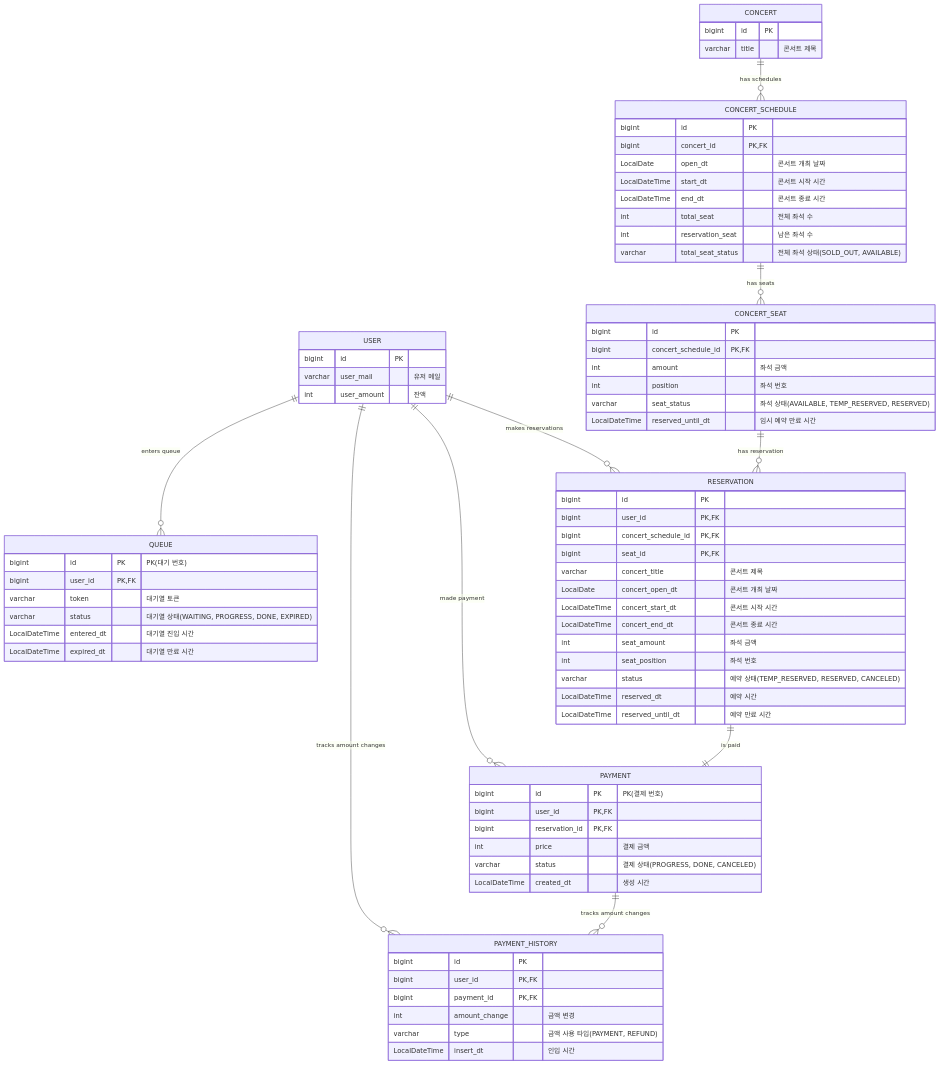
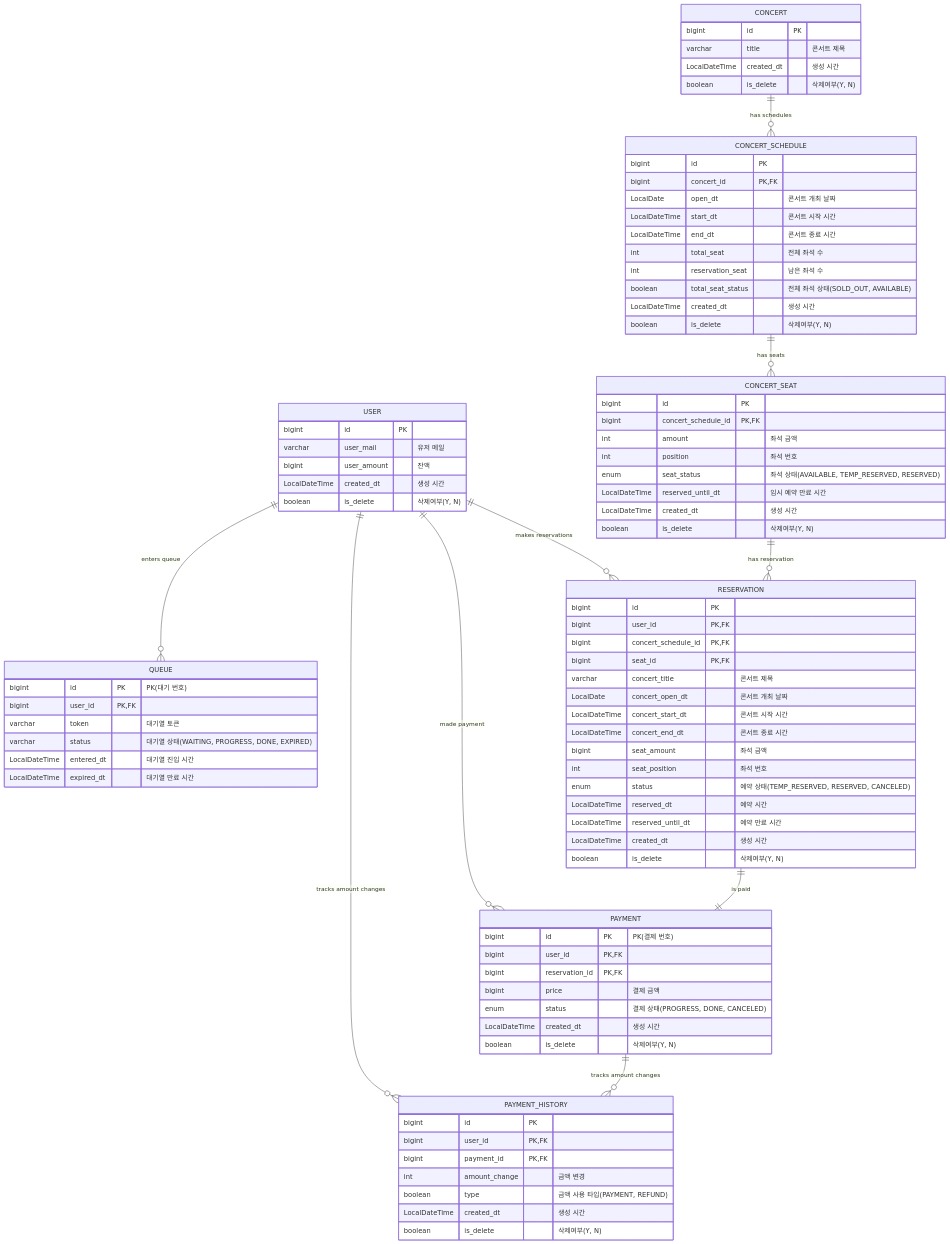
Before and after one commit to Cheondongmin/concert-java: the diagram in docs/erd.md, drawn with Mermaid. The commit also changed 2 other files, not shown here.

Commit message:
fix: docs 수정

```diff
--- a/docs/erd.md
+++ b/docs/erd.md
@@ -6,7 +6,9 @@
     USER {
         bigint id PK
         varchar user_mail "유저 메일"
-        int user_amount "잔액"
+        bigint user_amount "잔액"
+        LocalDateTime created_dt "생성 시간"
+        boolean is_delete "삭제여부(Y, N)"
     }
 
     QUEUE {
@@ -22,14 +24,17 @@
         bigint id PK "PK(결제 번호)"
         bigint user_id PK, FK
         bigint reservation_id PK, FK
-        int price "결제 금액"
-        varchar status "결제 상태(PROGRESS, DONE, CANCELED)"
+        bigint price "결제 금액"
+        enum status "결제 상태(PROGRESS, DONE, CANCELED)"
         LocalDateTime created_dt "생성 시간"
+        boolean is_delete "삭제여부(Y, N)"
     }
 
     CONCERT {
         bigint id PK
         varchar title "콘서트 제목"
+        LocalDateTime created_dt "생성 시간"
+        boolean is_delete "삭제여부(Y, N)"
     }
 
     CONCERT_SCHEDULE {
@@ -40,7 +45,9 @@
         LocalDateTime end_dt "콘서트 종료 시간"
         int total_seat "전체 좌석 수"
         int reservation_seat "남은 좌석 수"
-        varchar total_seat_status "전체 좌석 상태(SOLD_OUT, AVAILABLE)"
+        boolean total_seat_status "전체 좌석 상태(SOLD_OUT, AVAILABLE)"
+        LocalDateTime created_dt "생성 시간"
+        boolean is_delete "삭제여부(Y, N)"
     }
 
     CONCERT_SEAT {
@@ -48,8 +55,10 @@
         bigint concert_schedule_id PK, FK
         int amount "좌석 금액"
         int position "좌석 번호"
-        varchar seat_status "좌석 상태(AVAILABLE, TEMP_RESERVED, RESERVED)"
+        enum seat_status "좌석 상태(AVAILABLE, TEMP_RESERVED, RESERVED)"
         LocalDateTime reserved_until_dt "임시 예약 만료 시간"
+        LocalDateTime created_dt "생성 시간"
+        boolean is_delete "삭제여부(Y, N)"
     }
 
     RESERVATION {
@@ -61,11 +70,13 @@
         LocalDate concert_open_dt "콘서트 개최 날짜"
         LocalDateTime concert_start_dt "콘서트 시작 시간"
         LocalDateTime concert_end_dt "콘서트 종료 시간"
-        int seat_amount "좌석 금액"
+        bigint seat_amount "좌석 금액"
         int seat_position "좌석 번호"
-        varchar status "예약 상태(TEMP_RESERVED, RESERVED, CANCELED)"
+        enum status "예약 상태(TEMP_RESERVED, RESERVED, CANCELED)"
         LocalDateTime reserved_dt "예약 시간"
         LocalDateTime reserved_until_dt "예약 만료 시간"
+        LocalDateTime created_dt "생성 시간"
+        boolean is_delete "삭제여부(Y, N)"
     }
 
     PAYMENT_HISTORY {
@@ -73,8 +84,9 @@
         bigint user_id PK, FK
         bigint payment_id PK, FK
         int amount_change "금액 변경"
-        varchar type "금액 사용 타입(PAYMENT, REFUND)"
-        LocalDateTime insert_dt "인입 시간"
+        boolean type "금액 사용 타입(PAYMENT, REFUND)"
+        LocalDateTime created_dt "생성 시간"
+        boolean is_delete "삭제여부(Y, N)"
     }
 
     CONCERT ||--o{ CONCERT_SCHEDULE: "has schedules"
```
